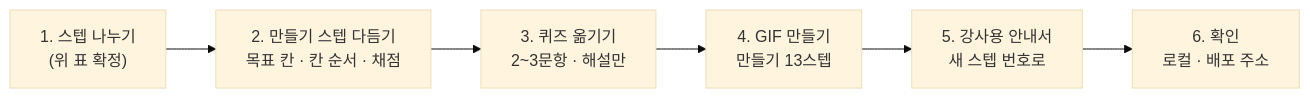
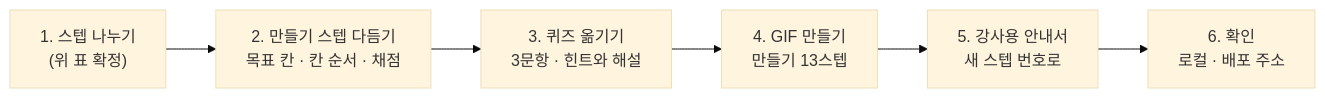
Before and after one commit to jxxngin/scratch-studio: the third of 3 diagrams in README.md, drawn with Mermaid (base theme). The commit also changed other lines of this file, not shown here.

````diff
--- a/README.md
+++ b/README.md
@@ -142,8 +145,8 @@
 ```mermaid
 flowchart LR
   P1["1. 스텝 나누기<br/>(위 표 확정)"] --> P2["2. 만들기 스텝 다듬기<br/>목표 칸 · 칸 순서 · 채점"]
-  P2 --> P3["3. 퀴즈 옮기기<br/>2~3문항 · 해설만"]
+  P2 --> P3["3. 퀴즈 옮기기<br/>3문항 · 힌트와 해설"]
   P3 --> P4["4. GIF 만들기<br/>만들기 13스텝"]
   P4 --> P5["5. 강사용 안내서<br/>새 스텝 번호로"]
   P5 --> P6["6. 확인<br/>로컬 · 배포 주소"]
 ```
````
